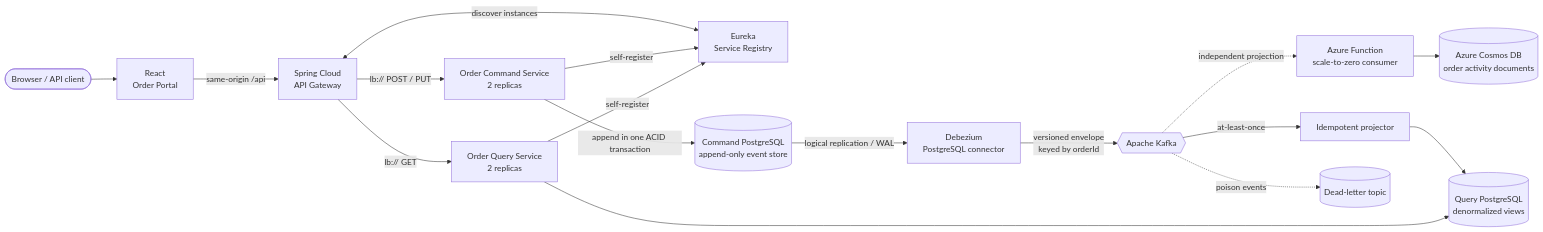
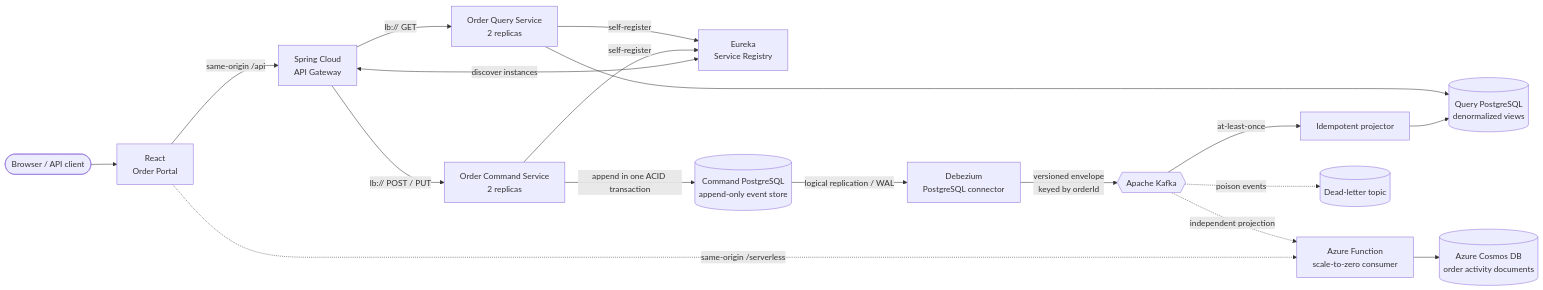
One commit to karacsonybarni/event-sourced-cqrs-microservices changed the diagram in README.md. Above: the diagram before and after it, drawn with Mermaid. The commit also changed other lines of this file and 24 other files, not shown here.

Commit message:
Deploy serverless Cosmos activity projection

````diff
--- a/README.md
+++ b/README.md
@@ -16,21 +16,22 @@
 ```mermaid
 flowchart LR
     Client([Browser / API client]) --> Frontend[React<br/>Order Portal]
     Frontend -->|same-origin /api| Gateway[Spring Cloud<br/>API Gateway]
+    Frontend -. same-origin /serverless .-> ActivityFunction
     Registry[Eureka<br/>Service Registry]
     Gateway <-->|discover instances| Registry
     Command[Order Command Service<br/>2 replicas] -->|self-register| Registry
     Query[Order Query Service<br/>2 replicas] -->|self-register| Registry
     Gateway -->|lb:// POST / PUT| Command
     Gateway -->|lb:// GET| Query
 
     Command -->|append in one ACID transaction| EventStore[(Command PostgreSQL<br/>append-only event store)]
     EventStore -->|logical replication / WAL| Debezium[Debezium<br/>PostgreSQL connector]
     Debezium -->|versioned envelope<br/>keyed by orderId| Kafka{{Apache Kafka}}
     Kafka -->|at-least-once| Projector[Idempotent projector]
     Projector --> QueryDB[(Query PostgreSQL<br/>denormalized views)]
     Query --> QueryDB
     Kafka -. independent projection .-> ActivityFunction[Azure Function<br/>scale-to-zero consumer]
     ActivityFunction --> ActivityDB[(Azure Cosmos DB<br/>order activity documents)]
     Kafka -. poison events .-> DLT[(Dead-letter topic)]
 ```
````
